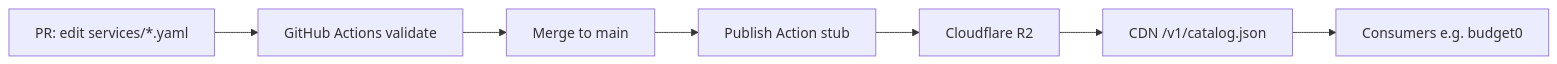
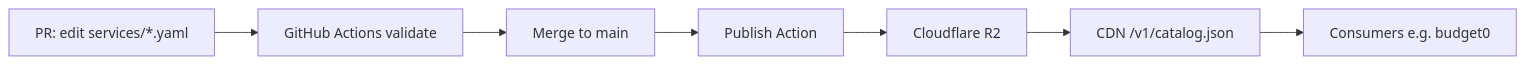
The diagram in docs/PRD.md (JSzesze/subdrop), drawn with Mermaid before and after one commit. The commit also changed other lines of this file and 8 other files, not shown here.

First line of the commit message:
Improve public catalog DX: cache headers, schema/meta, field cleanup

````diff
--- a/docs/PRD.md
+++ b/docs/PRD.md
@@ -43,9 +43,9 @@
 ```mermaid
 flowchart LR
   PR[PR: edit services/*.yaml] --> CI[GitHub Actions validate]
   CI --> Merge[Merge to main]
-  Merge --> Pub[Publish Action stub]
+  Merge --> Pub[Publish Action]
   Pub --> R2[Cloudflare R2]
   R2 --> CDN[CDN /v1/catalog.json]
   CDN --> Apps[Consumers e.g. budget0]
 ```
````
